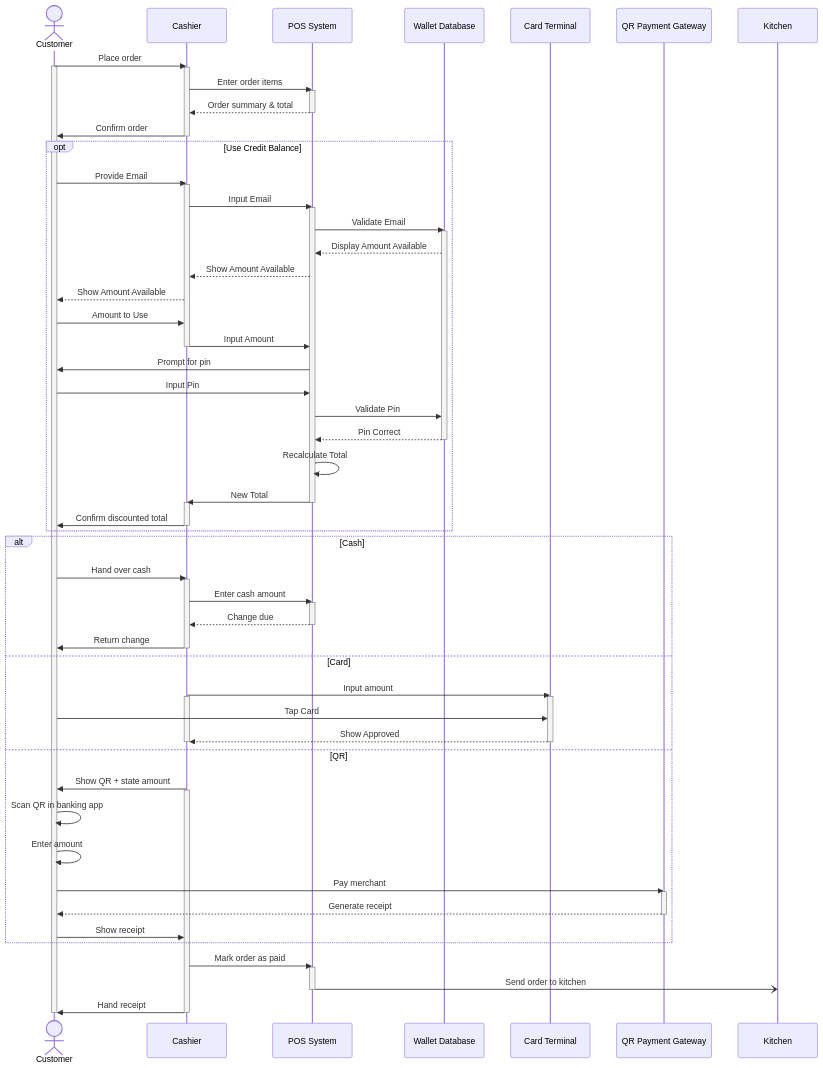
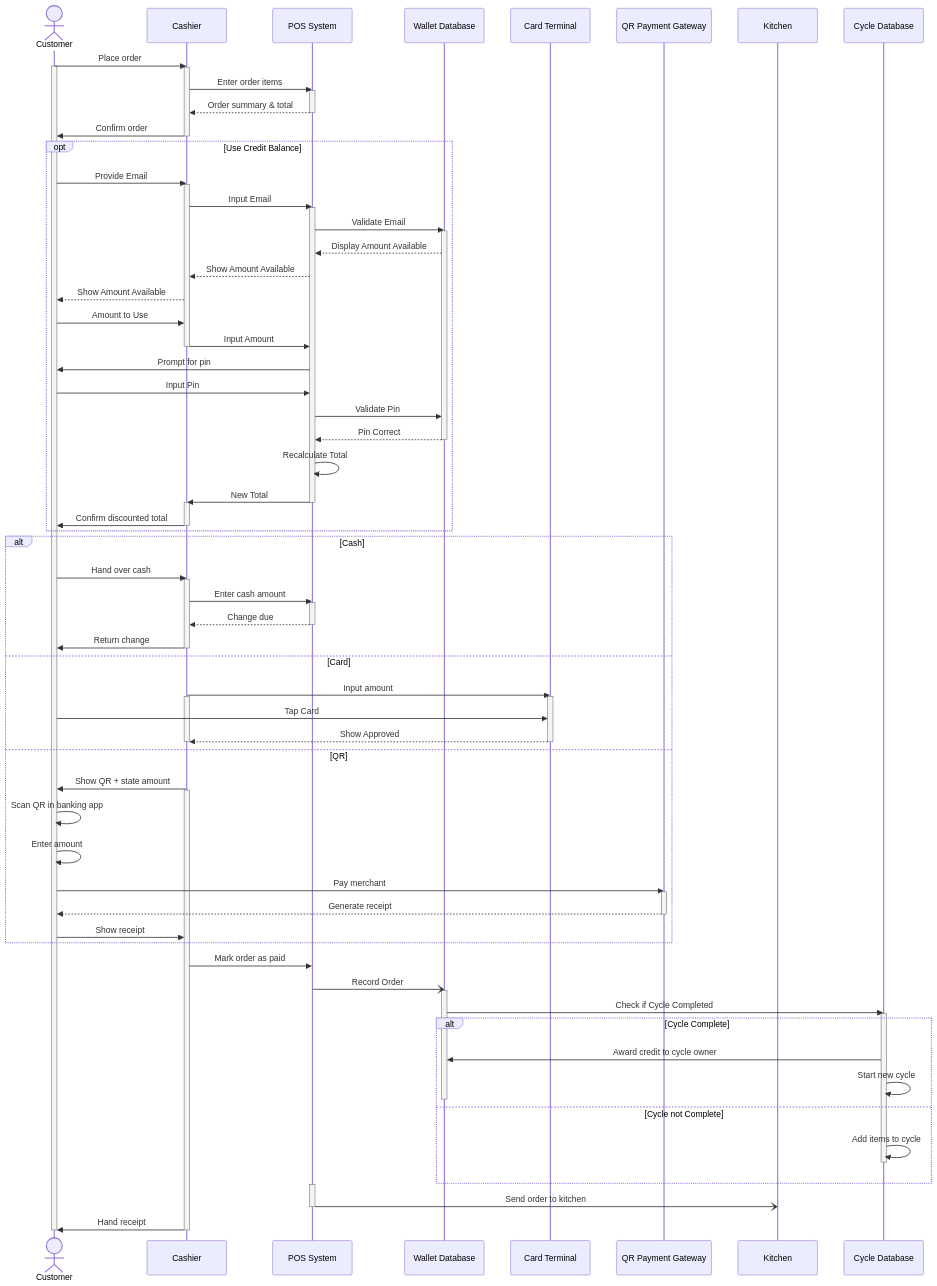
One commit to DaRealZiger/Final-Year-Project changed the diagram in FYP01/Final Presentation/Diagrams/sequenceDiagram.mmd. Above: the diagram before and after it, drawn with Mermaid. The commit also changed 3 other files, not shown here.

Commit message:
Created Activity Diagram

```diff
--- a/FYP01/Final Presentation/Diagrams/sequenceDiagram.mmd
+++ b/FYP01/Final Presentation/Diagrams/sequenceDiagram.mmd
@@ -1,82 +1,95 @@
 sequenceDiagram
     actor C as Customer
     participant Csh as Cashier
     participant POS as POS System
     participant WDB as Wallet Database
     participant CT as Card Terminal
     participant QR as QR Payment Gateway
     participant K as Kitchen
+    participant CDB as Cycle Database
 
     C->>Csh: Place order
     activate C
     activate Csh
     Csh->>POS: Enter order items
     activate POS
     POS-->>Csh: Order summary & total
     deactivate POS
     Csh->>C: Confirm order
     deactivate Csh
 
 
     opt Use Credit Balance
         C->>Csh: Provide Email
         activate Csh
         Csh->> POS: Input Email
         activate POS
         POS->>WDB: Validate Email
         activate WDB
         WDB-->>POS: Display Amount Available
         POS-->>Csh: Show Amount Available
         Csh-->>C: Show Amount Available
         C->>Csh: Amount to Use
         Csh->>POS: Input Amount
         deactivate Csh
         POS->>C: Prompt for pin
         C->>POS: Input Pin
         POS->> WDB: Validate Pin
         WDB-->>POS: Pin Correct
         deactivate WDB
         POS->>POS: Recalculate Total
         POS->>Csh: New Total
         activate Csh
         deactivate POS
         Csh->>C: Confirm discounted total
         deactivate Csh
     end
 
     alt Cash
         C->>Csh: Hand over cash
         activate Csh
         Csh->>POS: Enter cash amount
         activate POS
         POS-->>Csh: Change due
         deactivate POS
         Csh->>C: Return change
         deactivate Csh
     else Card
         Csh->>CT: Input amount
         activate Csh
         activate CT
         C->>CT: Tap Card
         CT-->>Csh: Show Approved
         deactivate Csh
         deactivate CT
     else QR
         Csh->>C: Show QR + state amount
         activate Csh
         C->>C: Scan QR in banking app
         C->>C: Enter amount
         C->>QR: Pay merchant
         activate QR
         QR-->>C: Generate receipt
         deactivate QR
         C->>Csh: Show receipt
     end
 
     Csh->>POS: Mark order as paid
+    POS-)WDB: Record Order
+    activate WDB
+    WDB->>CDB: Check if Cycle Completed
+    activate CDB
+    alt Cycle Complete
+        CDB->>WDB: Award credit to cycle owner
+        CDB->>CDB: Start new cycle
+        deactivate WDB
+    else Cycle not Complete
+        CDB->>CDB: Add items to cycle
+        deactivate CDB
+    end 
     activate POS
     POS-)K: Send order to kitchen
     deactivate POS
     Csh->>C: Hand receipt
     deactivate Csh
     deactivate C
```
